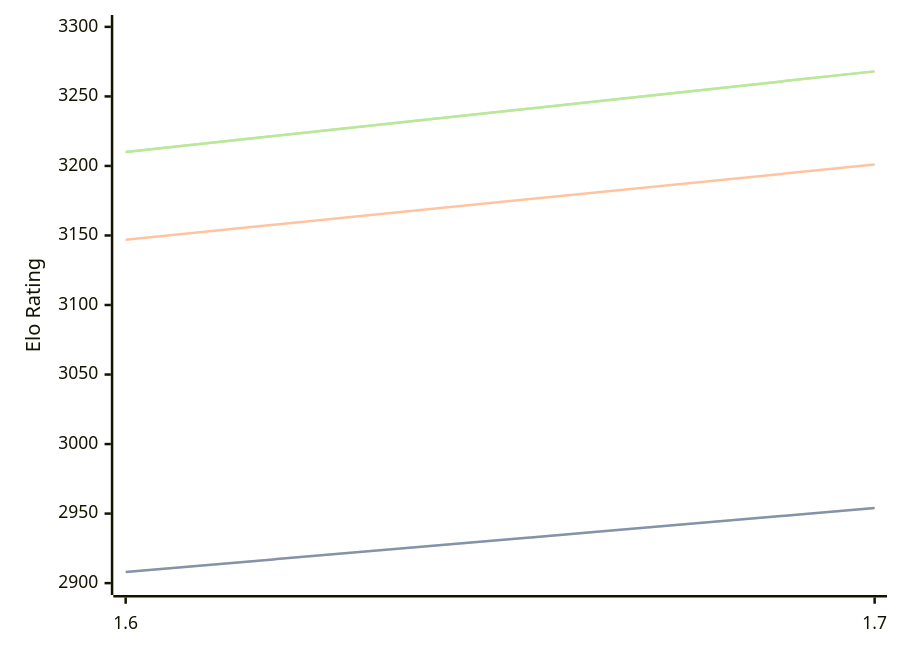
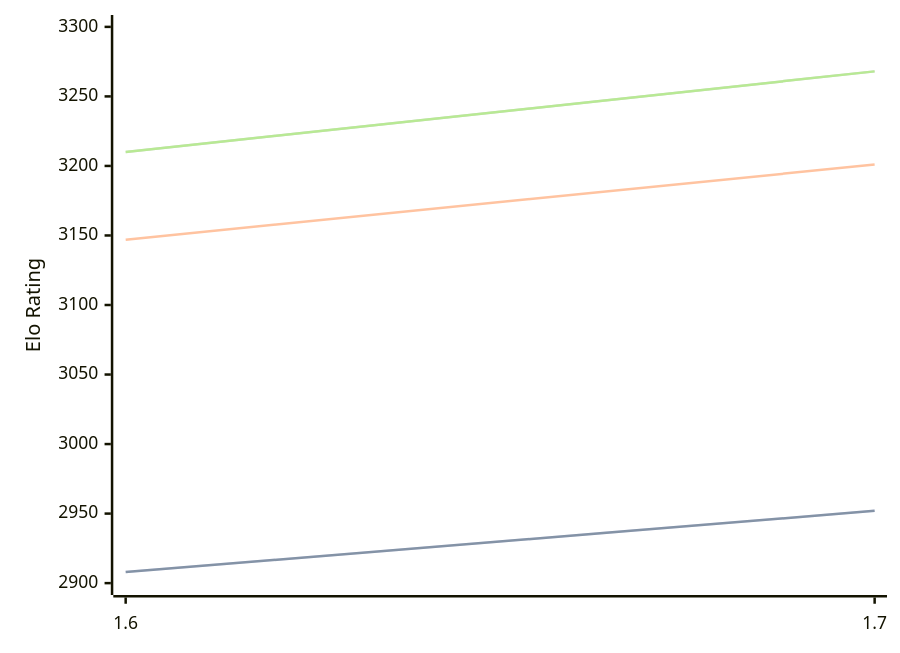
The diagram in engines/Bitbit.md (computer-chess-index/cci), drawn with Mermaid before and after one commit. The commit also changed other lines of this file, not shown here.

````diff
--- a/engines/Bitbit.md
+++ b/engines/Bitbit.md
@@ -32,11 +32,11 @@
 ```mermaid
 %%{init: {"theme":"base","themeVariables":{"seriesColors:['#a3a3a3','#222221','#faa371']}}}%%
 xychart-beta
   x-axis ["1.6", "1.7"]
   y-axis "Elo Rating" 2900 --> 3300
-  line "" [2908, 2954]
-  line "STC (8.0+0.08s)" [2908, 2954]
+  line "" [2908, 2952]
+  line "STC (8.0+0.08s)" [2908, 2952]
   line "LTC (60.0+0.60s)" [3147, 3201]
   line "" [3210, 3268]
   line "VLTC (2m24s+1.12s)" [3210, 3268]
 ```
````
